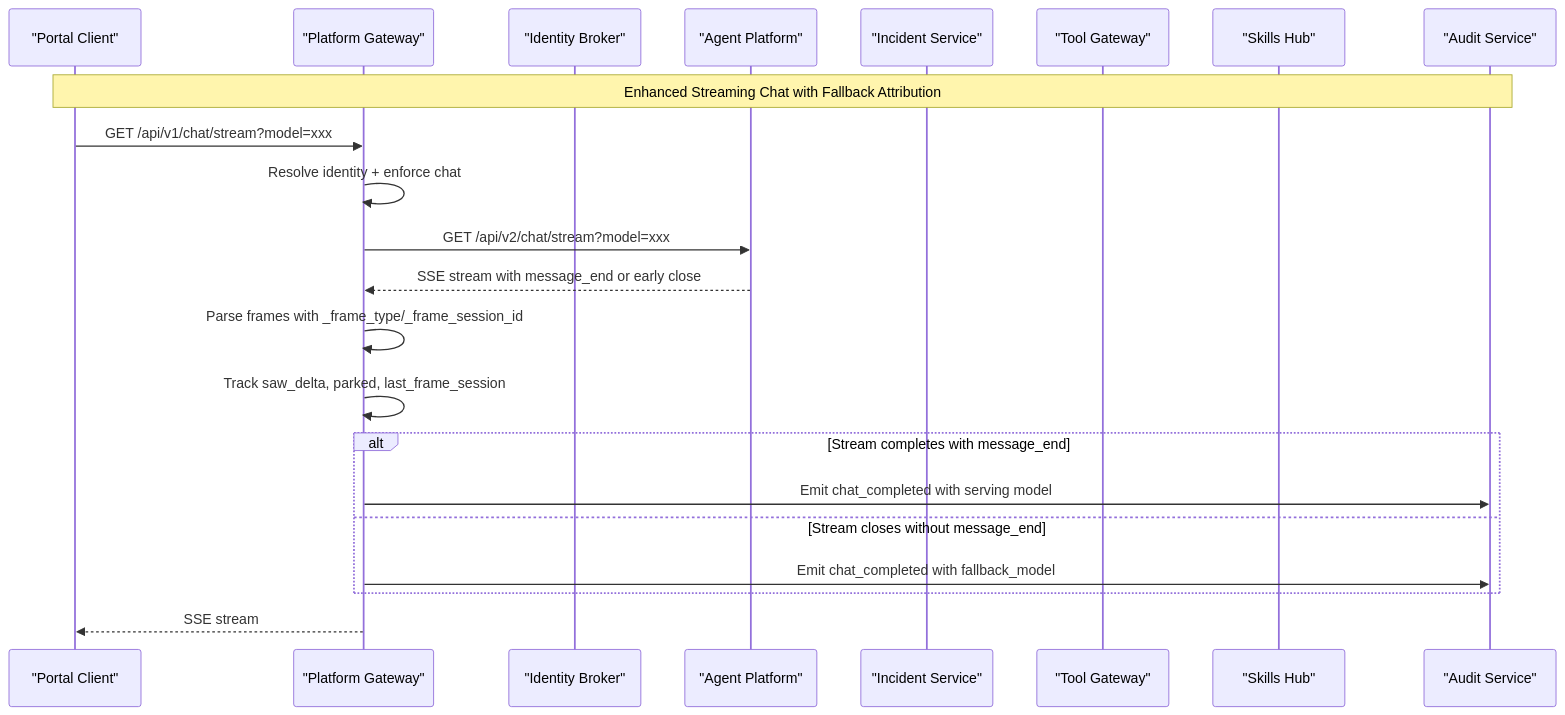
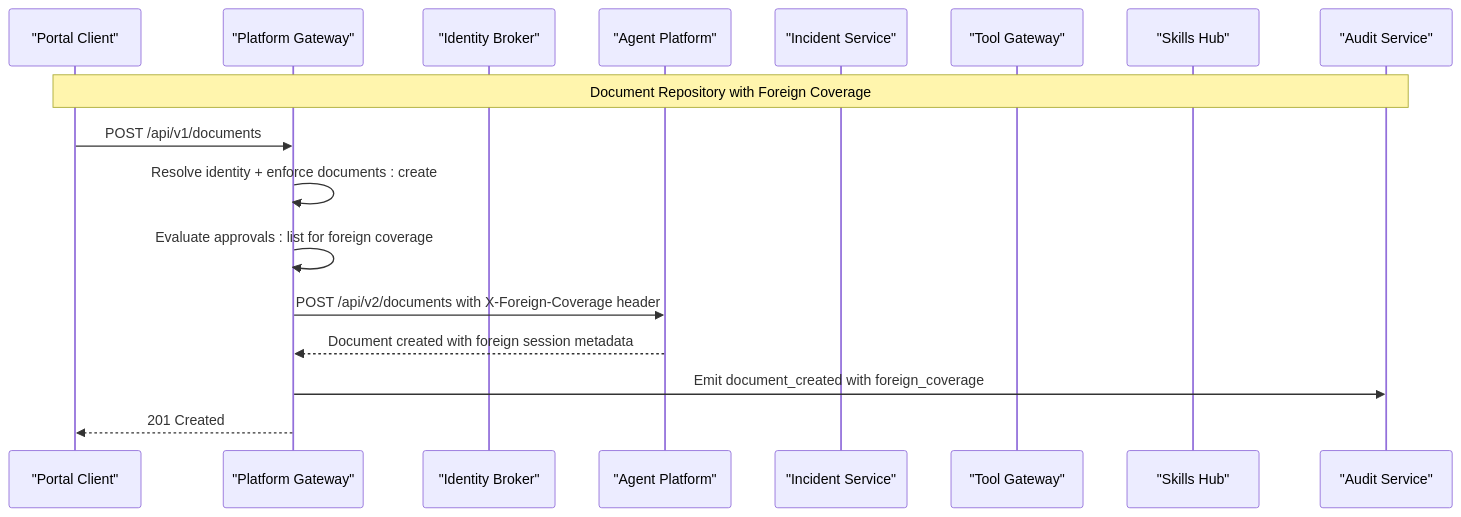
The second of 15 diagrams in .qoder/repowiki/en/content/Architecture Documentation/Platform Gateway Service.md (metasync/luban-aiops), drawn with Mermaid before and after one commit. The commit also changed other lines of this file and 101 other files, not shown here.

Commit message:
docs: refresh repowiki for SPEC-039 operations document repository delivery

````diff
--- a/.qoder/repowiki/en/content/Architecture Documentation/Platform Gateway Service.md
+++ b/.qoder/repowiki/en/content/Architecture Documentation/Platform Gateway Service.md
@@ -245,24 +255,19 @@
 ```mermaid
 sequenceDiagram
 participant Portal as "Portal Client"
 participant GW as "Platform Gateway"
 participant ID as "Identity Broker"
 participant AG as "Agent Platform"
 participant IS as "Incident Service"
 participant TG as "Tool Gateway"
 participant SH as "Skills Hub"
 participant AUD as "Audit Service"
-Note over Portal,AUD : Enhanced Streaming Chat with Fallback Attribution
-Portal->>GW : GET /api/v1/chat/stream?model=xxx
-GW->>GW : Resolve identity + enforce chat
-GW->>AG : GET /api/v2/chat/stream?model=xxx
-AG-->>GW : SSE stream with message_end or early close
-GW->>GW : Parse frames with _frame_type/_frame_session_id
-GW->>GW : Track saw_delta, parked, last_frame_session
-alt Stream completes with message_end
-GW->>AUD : Emit chat_completed with serving model
-else Stream closes without message_end
-GW->>AUD : Emit chat_completed with fallback_model
-end
-GW-->>Portal : SSE stream
+Note over Portal,AUD : Document Repository with Foreign Coverage
+Portal->>GW : POST /api/v1/documents
+GW->>GW : Resolve identity + enforce documents : create
+GW->>GW : Evaluate approvals : list for foreign coverage
+GW->>AG : POST /api/v2/documents with X-Foreign-Coverage header
+AG-->>GW : Document created with foreign session metadata
+GW->>AUD : Emit document_created with foreign_coverage
+GW-->>Portal : 201 Created
 ```
````
